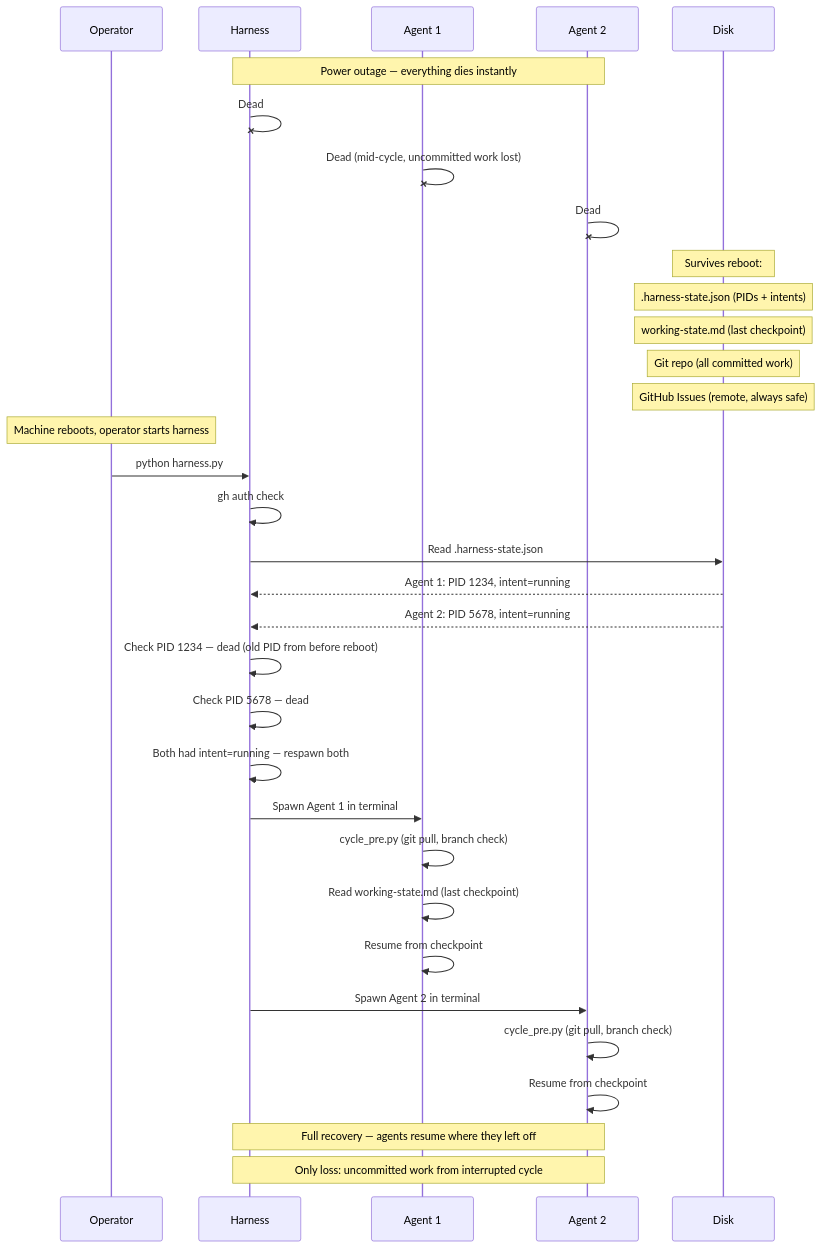
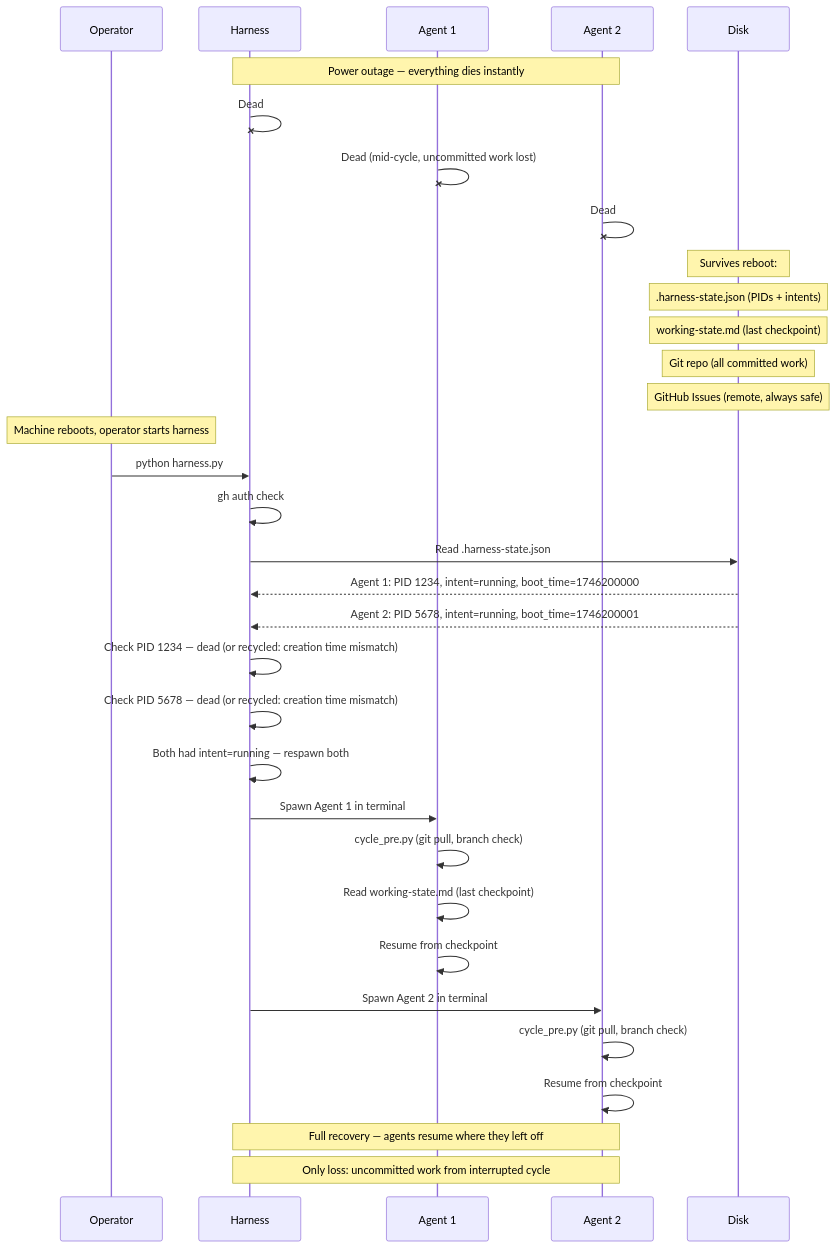
Before and after one commit to WallyDoodlez/SquidSquad: the eighth of 8 diagrams in .squidsquad/pm/planning/HARNESS-LIFECYCLE-PRD.md, drawn with Mermaid. The commit also changed other lines of this file, not shown here.

Commit message:
pm: #4966 — fix 6 audit issues + lock intent priority + PID recycling detection

````diff
--- a/.squidsquad/pm/planning/HARNESS-LIFECYCLE-PRD.md
+++ b/.squidsquad/pm/planning/HARNESS-LIFECYCLE-PRD.md
@@ -250,42 +250,42 @@
 ```mermaid
 sequenceDiagram
     participant O as Operator
     participant H as Harness
     participant A1 as Agent 1
     participant A2 as Agent 2
     participant D as Disk
 
     Note over H,A2: Power outage — everything dies instantly
     H-xH: Dead
     A1-xA1: Dead (mid-cycle, uncommitted work lost)
     A2-xA2: Dead
 
     Note over D: Survives reboot:
     Note over D: .harness-state.json (PIDs + intents)
     Note over D: working-state.md (last checkpoint)
     Note over D: Git repo (all committed work)
     Note over D: GitHub Issues (remote, always safe)
 
     Note over O: Machine reboots, operator starts harness
     O->>H: python harness.py
     H->>H: gh auth check
     H->>D: Read .harness-state.json
-    D-->>H: Agent 1: PID 1234, intent=running
-    D-->>H: Agent 2: PID 5678, intent=running
+    D-->>H: Agent 1: PID 1234, intent=running, boot_time=1746200000
+    D-->>H: Agent 2: PID 5678, intent=running, boot_time=1746200001
 
-    H->>H: Check PID 1234 — dead (old PID from before reboot)
-    H->>H: Check PID 5678 — dead
+    H->>H: Check PID 1234 — dead (or recycled: creation time mismatch)
+    H->>H: Check PID 5678 — dead (or recycled: creation time mismatch)
     H->>H: Both had intent=running — respawn both
 
     H->>A1: Spawn Agent 1 in terminal
     A1->>A1: cycle_pre.py (git pull, branch check)
     A1->>A1: Read working-state.md (last checkpoint)
     A1->>A1: Resume from checkpoint
 
     H->>A2: Spawn Agent 2 in terminal
     A2->>A2: cycle_pre.py (git pull, branch check)
     A2->>A2: Resume from checkpoint
 
     Note over H,A2: Full recovery — agents resume where they left off
     Note over H,A2: Only loss: uncommitted work from interrupted cycle
 ```
````
